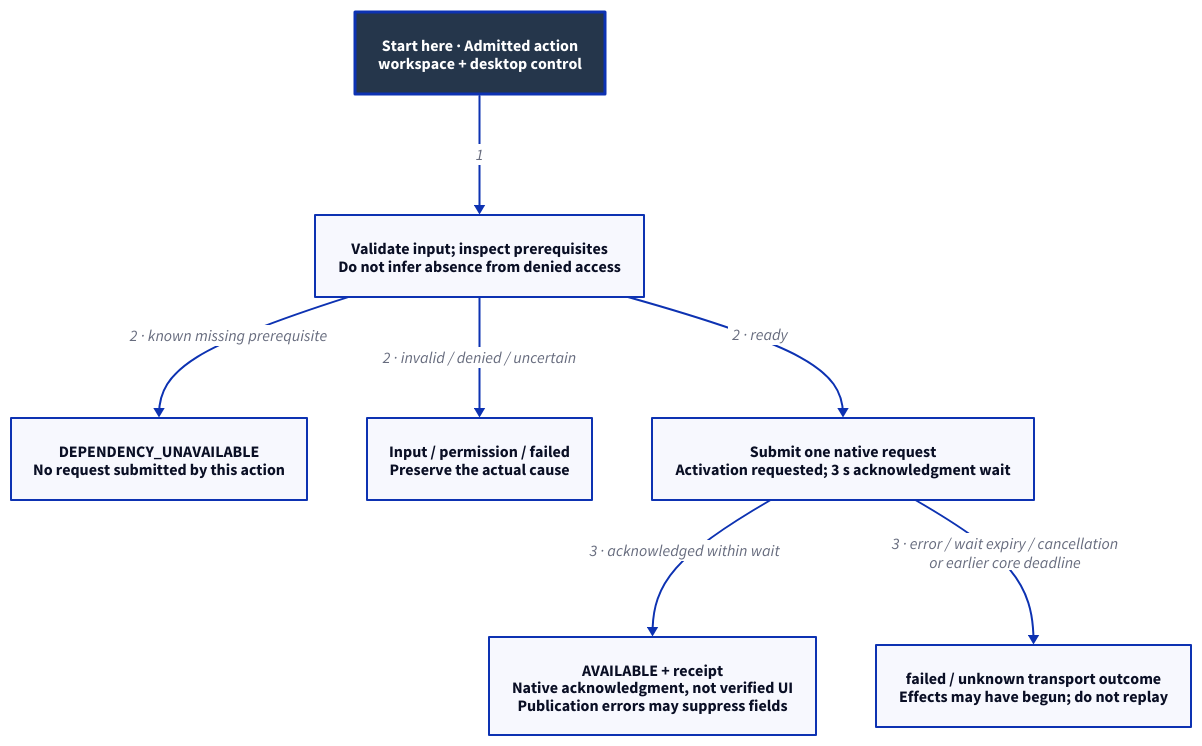
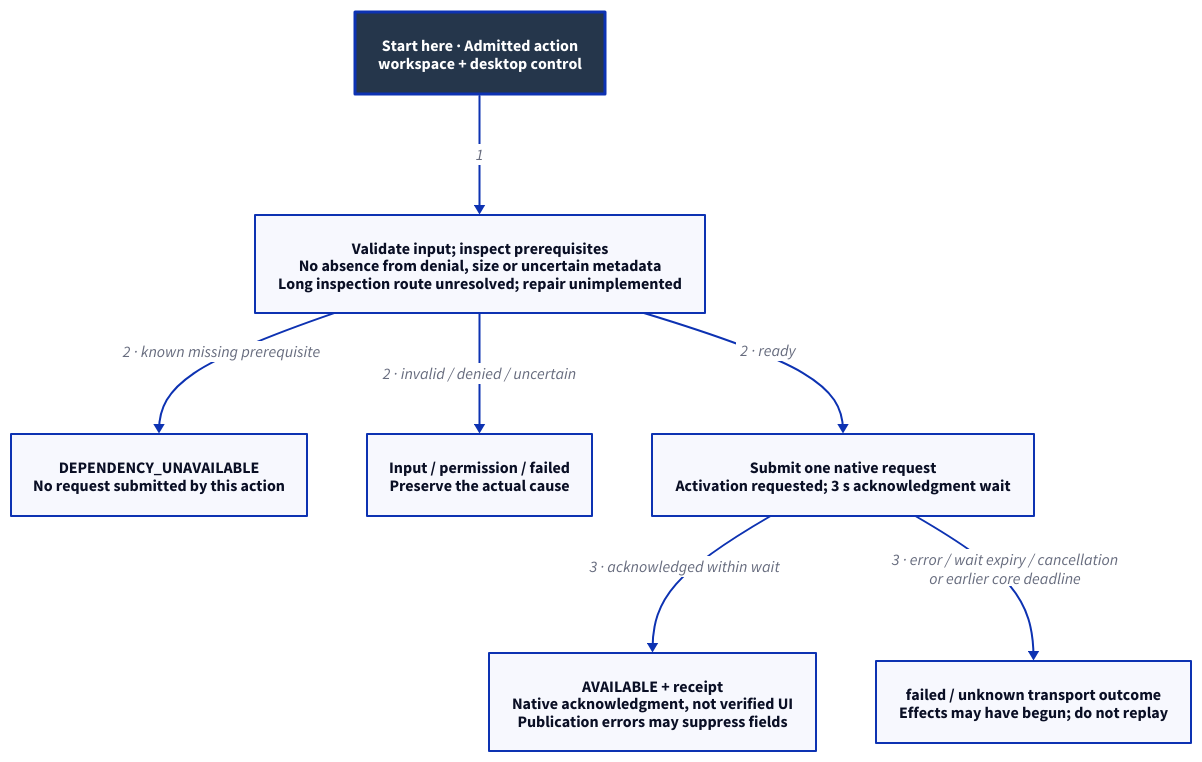
The diagram in docs/design/architecture/workspace-outcomes.d2 (Linkuistics/Koine), drawn with D2 before and after one commit. The commit also changed 28 other files, not shown here.

Commit message:
long-action-native-boundary-k129: distinguish inspection limits and preserve route work

```diff
--- a/docs/design/architecture/workspace-outcomes.d2
+++ b/docs/design/architecture/workspace-outcomes.d2
@@ -1,18 +1,18 @@
 # Control flow, not a state machine or model-checking result.
 direction: down
 classes: {
   start: {style: {fill: "#25364B"; font-color: "#FFFFFF"; bold: true; stroke-width: 3}}
 }
 Admit: "Start here · Admitted action\nworkspace + desktop control" {class: start}
-Inspect: "Validate input; inspect prerequisites\nDo not infer absence from denied access"
+Inspect: "Validate input; inspect prerequisites\nNo absence from denial, size or uncertain metadata\nLong inspection route unresolved; repair unimplemented"
 Missing: "DEPENDENCY_UNAVAILABLE\nNo request submitted by this action"
 Refuse: "Input / permission / failed\nPreserve the actual cause"
 Submit: "Submit one native request\nActivation requested; 3 s acknowledgment wait"
 Accepted: "AVAILABLE + receipt\nNative acknowledgment, not verified UI\nPublication errors may suppress fields"
 Failed: "failed / unknown transport outcome\nEffects may have begun; do not replay"
 Admit -> Inspect: "1"
 Inspect -> Missing: "2 · known missing prerequisite"
 Inspect -> Refuse: "2 · invalid / denied / uncertain"
 Inspect -> Submit: "2 · ready"
 Submit -> Accepted: "3 · acknowledged within wait"
 Submit -> Failed: "3 · error / wait expiry / cancellation\nor earlier core deadline"
```
